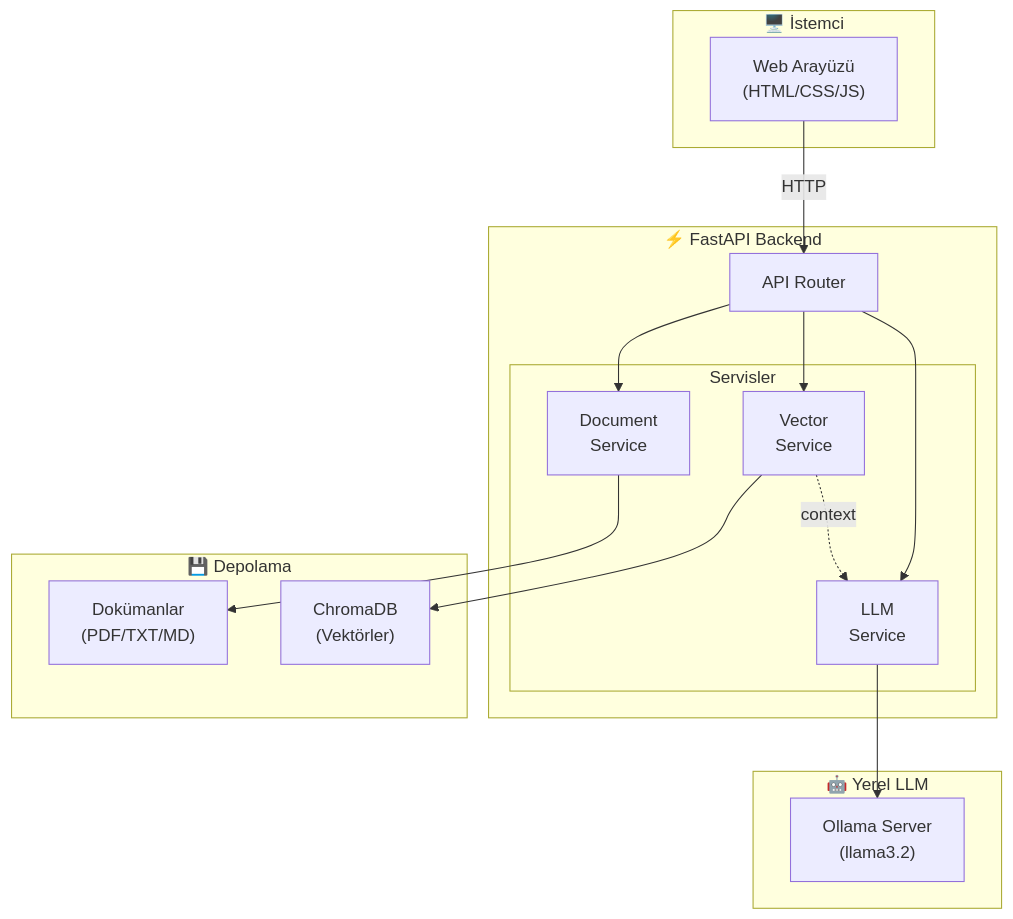
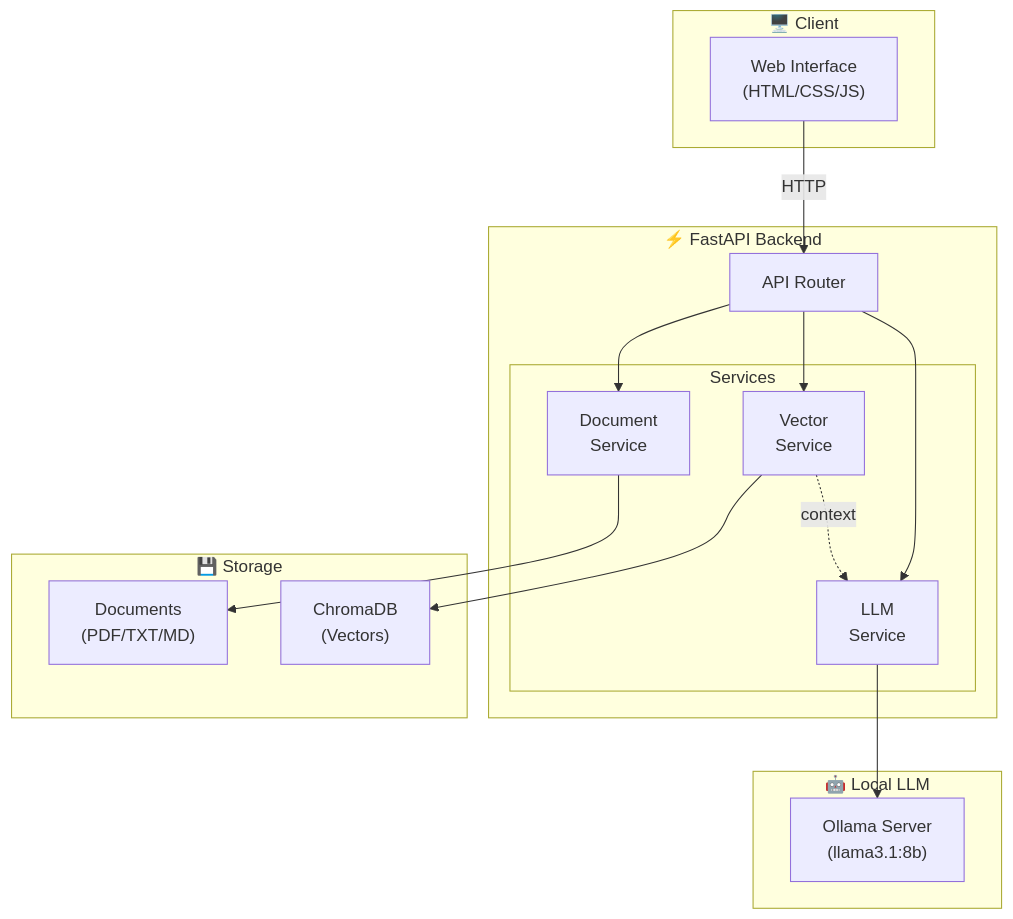
The third of 3 diagrams in presentation.md (SerhanTelatar/local-rag-service), drawn with Mermaid before and after one commit. The commit also changed other lines of this file and 14 other files, not shown here.

````diff
--- a/presentation.md
+++ b/presentation.md
@@ -158,36 +158,36 @@
 ```mermaid
 flowchart TB
-    subgraph Client["🖥️ İstemci"]
-        UI["Web Arayüzü<br/>(HTML/CSS/JS)"]
+    subgraph Client["🖥️ Client"]
+        UI["Web Interface<br/>(HTML/CSS/JS)"]
     end
 
     subgraph Backend["⚡ FastAPI Backend"]
         Router["API Router"]
         
-        subgraph Services["Servisler"]
+        subgraph Services["Services"]
             DocSvc["Document<br/>Service"]
             VecSvc["Vector<br/>Service"]
             LLMSvc["LLM<br/>Service"]
         end
     end
 
-    subgraph Storage["💾 Depolama"]
-        Files["Dokümanlar<br/>(PDF/TXT/MD)"]
-        Chroma["ChromaDB<br/>(Vektörler)"]
+    subgraph Storage["💾 Storage"]
+        Files["Documents<br/>(PDF/TXT/MD)"]
+        Chroma["ChromaDB<br/>(Vectors)"]
     end
 
-    subgraph LLM["🤖 Yerel LLM"]
-        Ollama["Ollama Server<br/>(llama3.2)"]
+    subgraph LLM["🤖 Local LLM"]
+        Ollama["Ollama Server<br/>(llama3.1:8b)"]
     end
 
     UI -->|"HTTP"| Router
     Router --> DocSvc
     Router --> VecSvc
     Router --> LLMSvc
 
     DocSvc --> Files
     VecSvc --> Chroma
     LLMSvc --> Ollama
 
     VecSvc -.->|"context"| LLMSvc
 ```
````
